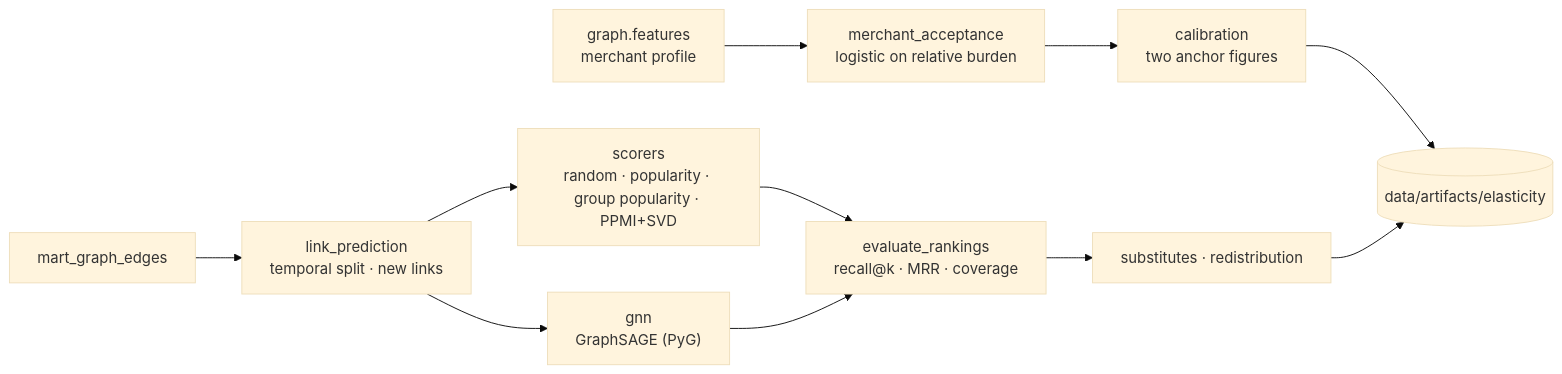
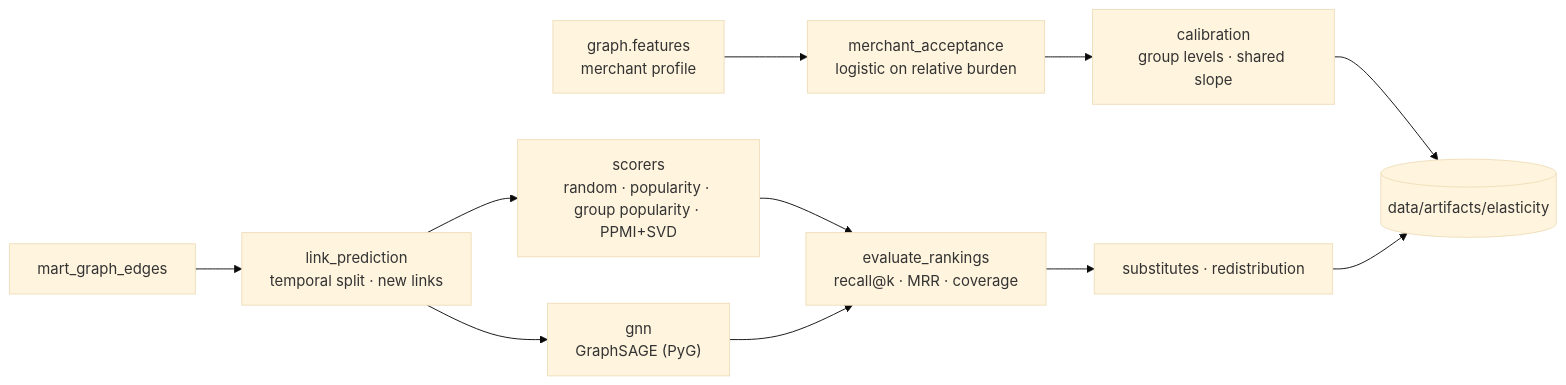
One commit to dansaavedra1103/interchange-pricing-simulator changed the fourth of 4 diagrams in docs/architecture.md. Above: the diagram before and after it, drawn with Mermaid (base theme). The commit also changed other lines of this file and 12 other files, not shown here.

First line of the commit message:
fix: anchor abandonment levels per MCC group (Feature 5)

````diff
--- a/docs/architecture.md
+++ b/docs/architecture.md
@@ -118,13 +118,13 @@
 ```mermaid
 flowchart LR
     profile["graph.features<br/>merchant profile"] --> acceptance["merchant_acceptance<br/>logistic on relative burden"]
-    acceptance --> calibration["calibration<br/>two anchor figures"]
+    acceptance --> calibration["calibration<br/>group levels · shared slope"]
     edges["mart_graph_edges"] --> split["link_prediction<br/>temporal split · new links"]
     split --> scorers["scorers<br/>random · popularity · group popularity · PPMI+SVD"]
     split --> gnn["gnn<br/>GraphSAGE (PyG)"]
     scorers --> ladder["evaluate_rankings<br/>recall@k · MRR · coverage"]
     gnn --> ladder
     ladder --> substitutes["substitutes · redistribution"]
     calibration --> artifacts[("data/artifacts/elasticity")]
     substitutes --> artifacts
 ```
````
